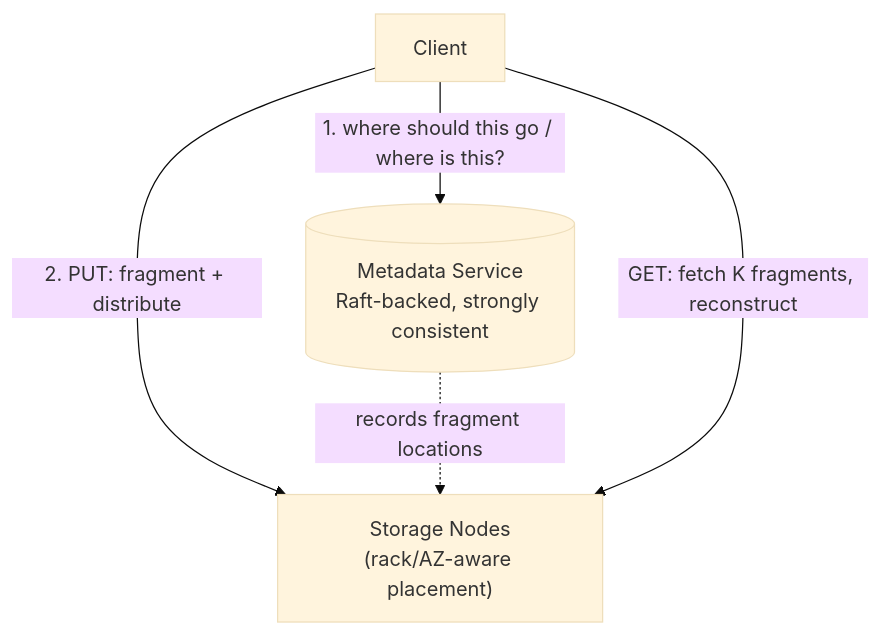
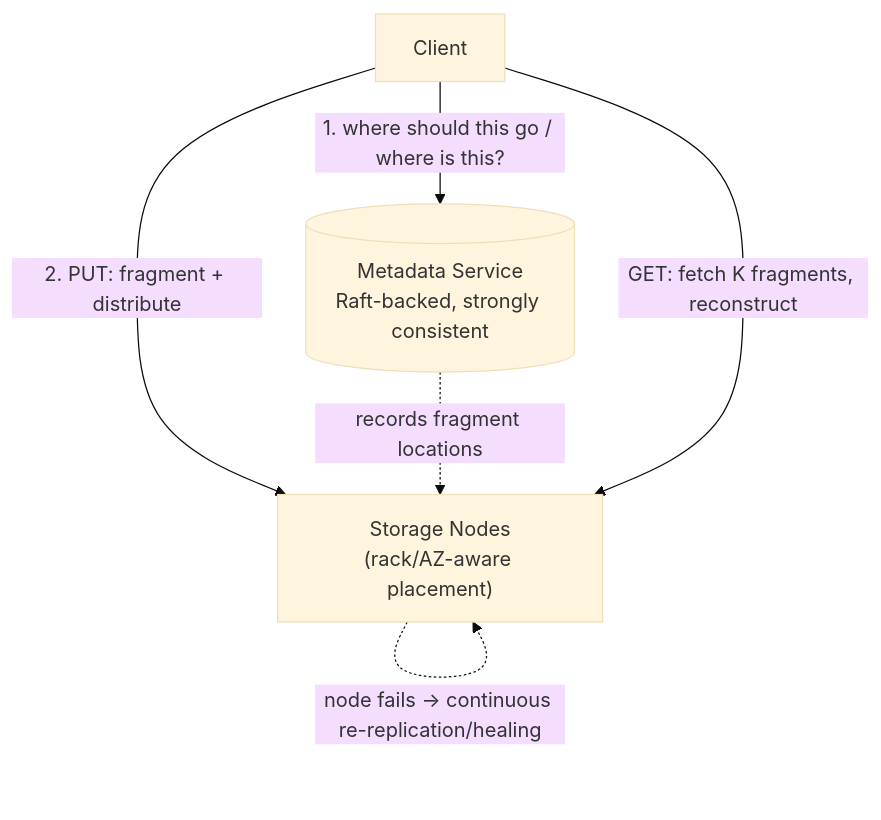
One commit to tarosh3/obsidian changed the diagram in System Design/HLD/13 - Design Distributed File Storage/Design Distributed File Storage.md. Above: the diagram before and after it, drawn with Mermaid (base theme). The commit also changed other lines of this file and 30 other files, not shown here.

````diff
--- a/System Design/HLD/13 - Design Distributed File Storage/Design Distributed File Storage.md
+++ b/System Design/HLD/13 - Design Distributed File Storage/Design Distributed File Storage.md
@@ -51,7 +102,8 @@
 ```mermaid
 graph TD
     Client["Client"] -->|"1. where should this go / where is this?"| Meta[("Metadata Service<br/>Raft-backed, strongly consistent")]
     Client -->|"2. PUT: fragment + distribute"| Nodes["Storage Nodes<br/>(rack/AZ-aware placement)"]
     Meta -.->|"records fragment locations"| Nodes
     Client -->|"GET: fetch K fragments, reconstruct"| Nodes
+    Nodes -.->|"node fails → continuous re-replication/healing"| Nodes
 ```
````
